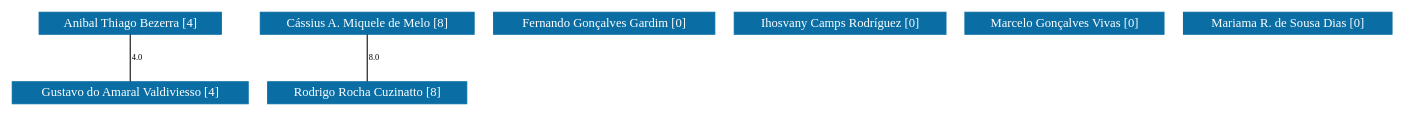
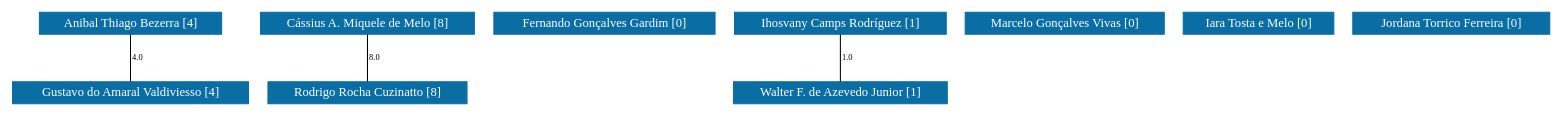
Before and after one commit to icamps/unifal-lattes.github.io: the diagram in PPGF-UNIFAL/grafoDeColaboracoesComPesos.dot, drawn with Graphviz. The commit also changed 593 other files, not shown here.

```diff
--- a/PPGF-UNIFAL/grafoDeColaboracoesComPesos.dot
+++ b/PPGF-UNIFAL/grafoDeColaboracoesComPesos.dot
@@ -1,75 +1,93 @@
 strict graph grafo2 {
-	graph [bb="0,0,1085,87",
+	graph [bb="0,0,1207,87",
 		id=grafo2,
 		overlap=False
 	];
 	node [fontsize=12,
 		label="\N",
 		shape=rectangle,
 		style=filled
 	];
 	0	 [URL="membro-8478305453281130.html",
 		color="#0A6EA4",
 		fontcolor="#FFFFFF",
 		height=0.29167,
 		label="Anibal Thiago Bezerra [4]",
 		pos="91.5,76.5",
 		width=1.9861];
 	3	 [URL="membro-4023778019418442.html",
 		color="#0A6EA4",
 		fontcolor="#FFFFFF",
 		height=0.29167,
 		label="Gustavo do Amaral Valdiviesso [4]",
 		pos="91.5,10.5",
 		width=2.5417];
 	0 -- 3	 [fontsize=8,
 		label=4.0,
 		lp="96.5,43.5",
 		pos="91.5,65.896 91.5,53.653 91.5,33.622 91.5,21.297"];
 	1	 [URL="membro-4002033080997386.html",
 		color="#0A6EA4",
 		fontcolor="#FFFFFF",
 		height=0.29167,
 		label="Cássius A. Miquele de Melo [8]",
 		pos="278.5,76.5",
 		width=2.3194];
 	6	 [URL="membro-8073303573679522.html",
 		color="#0A6EA4",
 		fontcolor="#FFFFFF",
 		height=0.29167,
 		label="Rodrigo Rocha Cuzinatto [8]",
 		pos="278.5,10.5",
 		width=2.1389];
 	1 -- 6	 [fontsize=8,
 		label=8.0,
 		lp="283.5,43.5",
 		pos="278.5,65.896 278.5,53.653 278.5,33.622 278.5,21.297"];
 	2	 [URL="membro-2425549033248106.html",
 		color="#0A6EA4",
 		fontcolor="#FFFFFF",
 		height=0.29167,
 		label="Fernando Gonçalves Gardim [0]",
 		pos="465.5,76.5",
 		width=2.3611];
 	4	 [URL="membro-3732563704810366.html",
 		color="#0A6EA4",
 		fontcolor="#FFFFFF",
 		height=0.29167,
-		label="Ihosvany Camps Rodríguez [0]",
+		label="Ihosvany Camps Rodríguez [1]",
 		pos="650.5,76.5",
 		width=2.2778];
+	7	 [URL="membro-4183276948524704.html",
+		color="#0A6EA4",
+		fontcolor="#FFFFFF",
+		height=0.29167,
+		label="Walter F. de Azevedo Junior [1]",
+		pos="650.5,10.5",
+		width=2.3194];
+	4 -- 7	 [fontsize=8,
+		label=1.0,
+		lp="655.5,43.5",
+		pos="650.5,65.896 650.5,53.653 650.5,33.622 650.5,21.297"];
 	5	 [URL="membro-1312049227898761.html",
 		color="#0A6EA4",
 		fontcolor="#FFFFFF",
 		height=0.29167,
 		label="Marcelo Gonçalves Vivas [0]",
 		pos="828.5,76.5",
 		width=2.1528];
-	7	 [URL="membro-9972552337847809.html",
+	8	 [URL="membro-7286059807128292.html",
 		color="#0A6EA4",
 		fontcolor="#FFFFFF",
 		height=0.29167,
-		label="Mariama R. de Sousa Dias [0]",
-		pos="1004.5,76.5",
-		width=2.2361];
+		label="Iara Tosta e Melo [0]",
+		pos="982.5,76.5",
+		width=1.6111];
+	9	 [URL="membro-2740598136336384.html",
+		color="#0A6EA4",
+		fontcolor="#FFFFFF",
+		height=0.29167,
+		label="Jordana Torrico Ferreira [0]",
+		pos="1132.5,76.5",
+		width=2.0694];
 }
```
